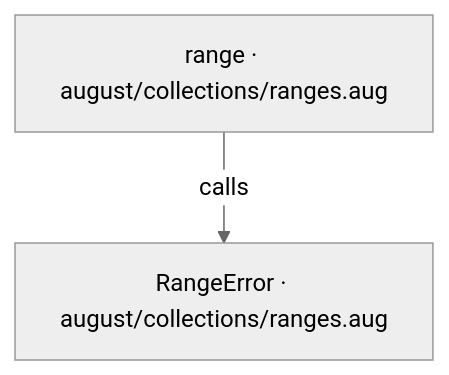
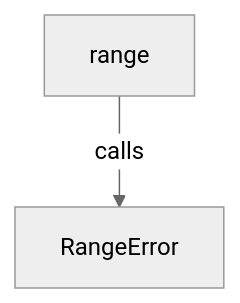
Before and after one commit to GreenPandaStudios/augscript: the first of 2 diagrams in src/stdlib/collections/ranges.aug.diagrams.md, drawn with Mermaid (neutral theme). The commit also changed other lines of this file and 524 other files, not shown here.

Commit message:
Explain checked data flow at folder and service levels

````diff
--- a/src/stdlib/collections/ranges.aug.diagrams.md
+++ b/src/stdlib/collections/ranges.aug.diagrams.md
@@ -9,6 +11,6 @@
 ```mermaid
 flowchart TD
-    n0["RangeError · august/collections/ranges.aug"]
-    n1["range · august/collections/ranges.aug"]
+    n0["RangeError"]
+    n1["range"]
     n1 -->|"calls"| n0
 ```
````
